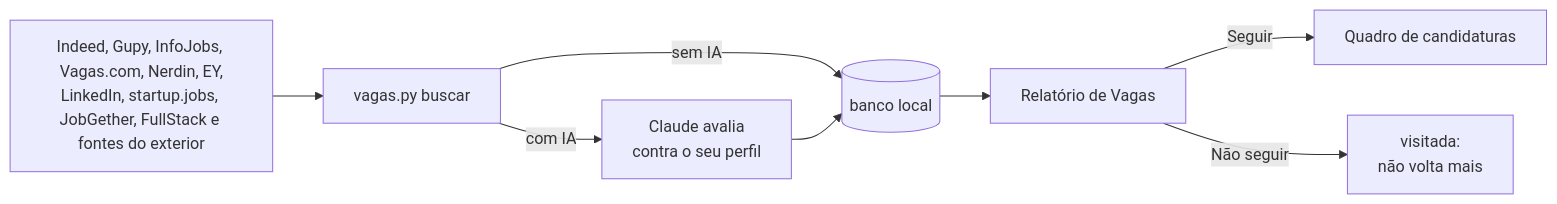
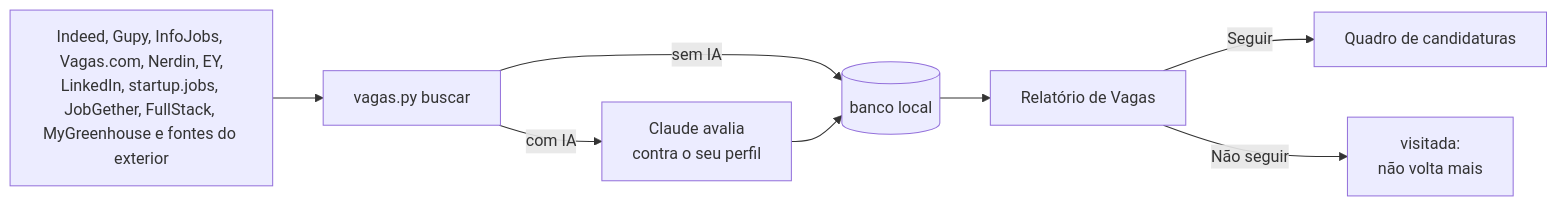
The diagram in README.md (SouMarcel/meu-proximo-trampo), drawn with Mermaid before and after one commit. The commit also changed other lines of this file and 31 other files, not shown here.

First line of the commit message:
Portais com login na busca (spec 041): MyGreenhouse Jobs

````diff
--- a/README.md
+++ b/README.md
@@ -148,10 +160,10 @@
 ```mermaid
 flowchart LR
-  A[Indeed, Gupy, InfoJobs, Vagas.com, Nerdin, EY,<br/>LinkedIn, startup.jobs, JobGether, FullStack e fontes do exterior] --> B[vagas.py buscar]
+  A[Indeed, Gupy, InfoJobs, Vagas.com, Nerdin, EY,<br/>LinkedIn, startup.jobs, JobGether, FullStack, MyGreenhouse e fontes do exterior] --> B[vagas.py buscar]
   B -->|sem IA| D[(banco local)]
   B -->|com IA| C[Claude avalia<br/>contra o seu perfil]
   C --> D
   D --> E[Relatório de Vagas]
   E -->|Seguir| F[Quadro de candidaturas]
   E -->|Não seguir| G[visitada:<br/>não volta mais]
 ```
````
